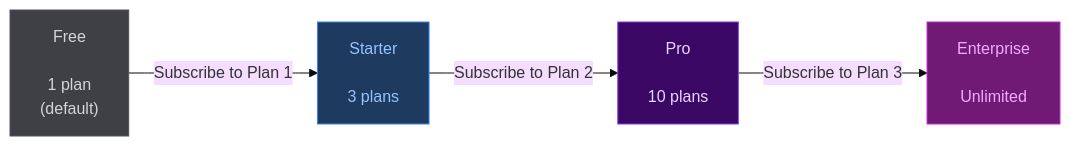
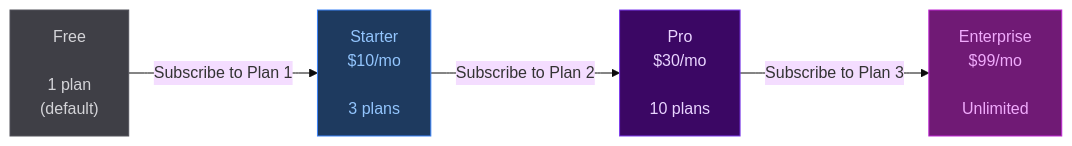
Before and after one commit to StarkPayHub/Frontend: the first of 2 diagrams in docs/for-merchants/tier-system.md, drawn with Mermaid (base theme). The commit also changed other lines of this file and 5 other files, not shown here.

````diff
--- a/docs/for-merchants/tier-system.md
+++ b/docs/for-merchants/tier-system.md
@@ -20,16 +20,16 @@
 ```mermaid
 flowchart LR
     F["Free<br/><br/>1 plan<br/>(default)"]
-    S["Starter<br/><br/>3 plans"]
-    P["Pro<br/><br/>10 plans"]
-    E["Enterprise<br/><br/>Unlimited"]
+    S["Starter<br/>$10/mo<br/><br/>3 plans"]
+    P["Pro<br/>$30/mo<br/><br/>10 plans"]
+    E["Enterprise<br/>$99/mo<br/><br/>Unlimited"]
 
     F -->|"Subscribe to Plan 1"| S
     S -->|"Subscribe to Plan 2"| P
     P -->|"Subscribe to Plan 3"| E
 
     style F fill:#3f3f46,color:#d4d4d8,stroke:#52525b
     style S fill:#1e3a5f,color:#93c5fd,stroke:#3b82f6
     style P fill:#3b0764,color:#e9d5ff,stroke:#7c3aed
     style E fill:#701a75,color:#f0abfc,stroke:#c026d3
 ```
````
